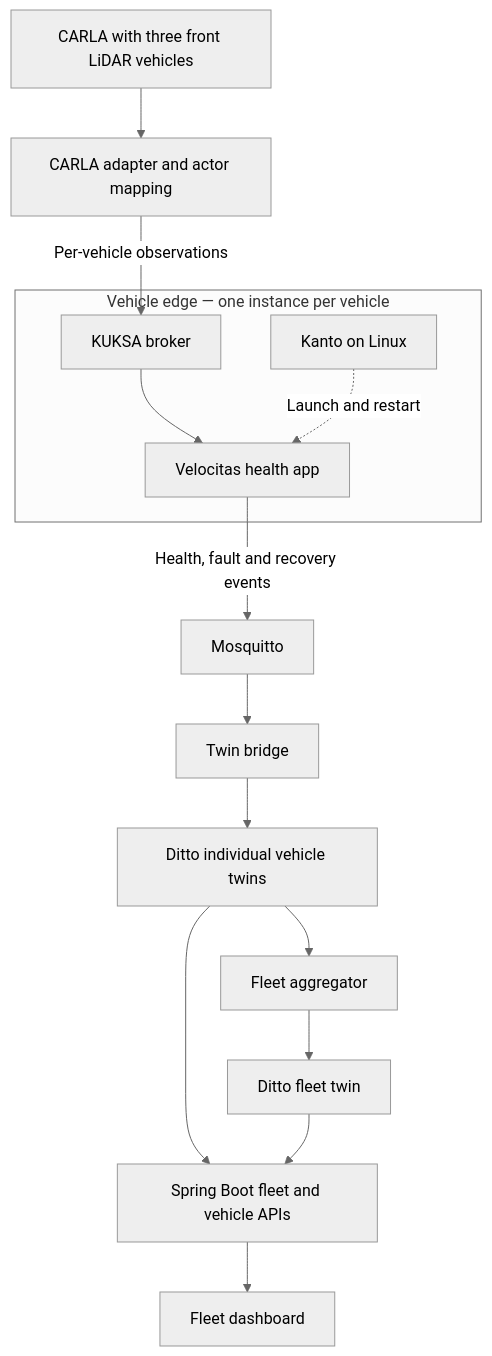
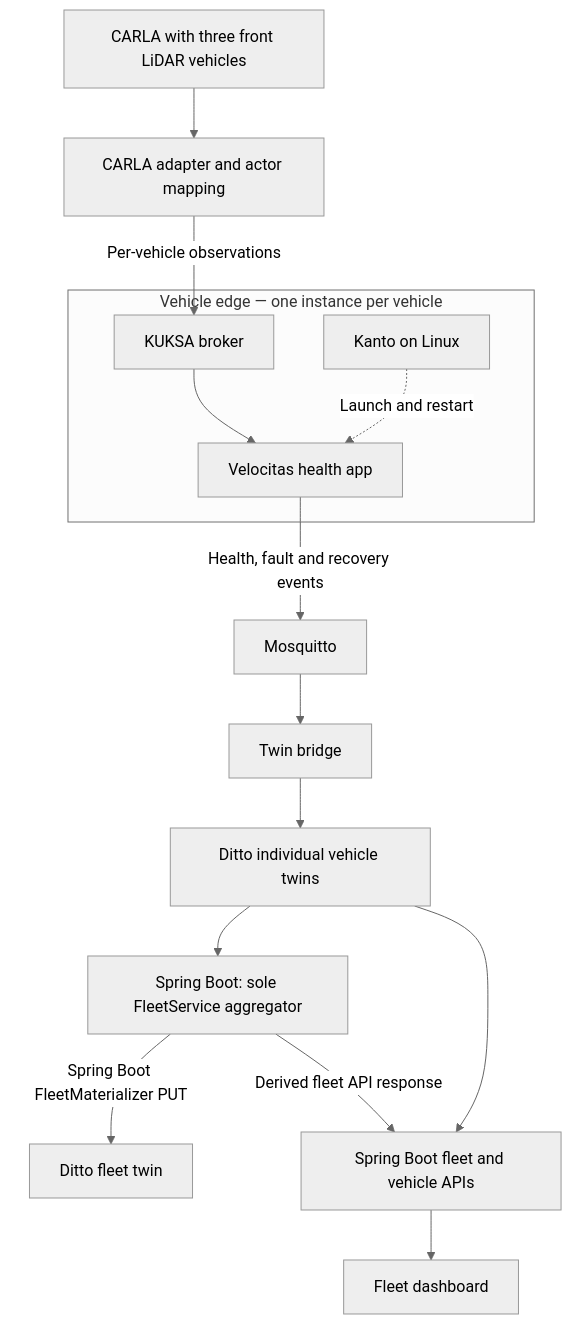
The second of 3 diagrams in docs/09-architecture-diagrams.md (ankit-suman-07/QA-SDV-Project), drawn with Mermaid (neutral theme) before and after one commit. The commit also changed other lines of this file and 3 other files, not shown here.

Commit message:
docs: align fleet architecture and measurement expectations

````diff
--- a/docs/09-architecture-diagrams.md
+++ b/docs/09-architecture-diagrams.md
@@ -39,17 +39,17 @@
 ```mermaid
 flowchart TD
     C["CARLA with three front LiDAR vehicles"] --> A["CARLA adapter and actor mapping"]
     A -->|"Per-vehicle observations"| K
     subgraph E["Vehicle edge — one instance per vehicle"]
         K["KUKSA broker"] --> V["Velocitas health app"]
         KA["Kanto on Linux"] -.->|"Launch and restart"| V
     end
     V -->|"Health, fault and recovery events"| M["Mosquitto"]
     M --> B["Twin bridge"]
     B --> D["Ditto individual vehicle twins"]
-    D --> F["Fleet aggregator"]
-    F --> T["Ditto fleet twin"]
+    D --> F["Spring Boot: sole FleetService aggregator"]
+    F -->|"Spring Boot FleetMaterializer PUT"| T["Ditto fleet twin"]
     D --> API["Spring Boot fleet and vehicle APIs"]
-    T --> API
+    F -->|"Derived fleet API response"| API
     API --> UI["Fleet dashboard"]
 ```
````
